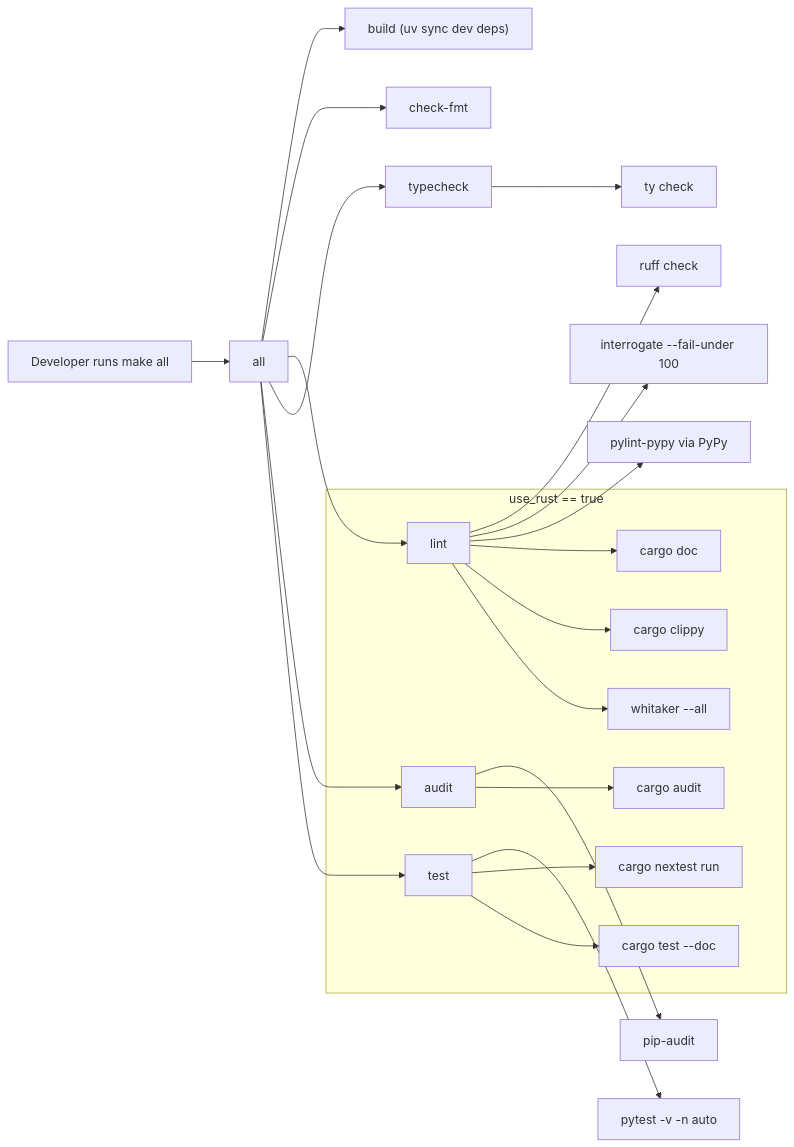
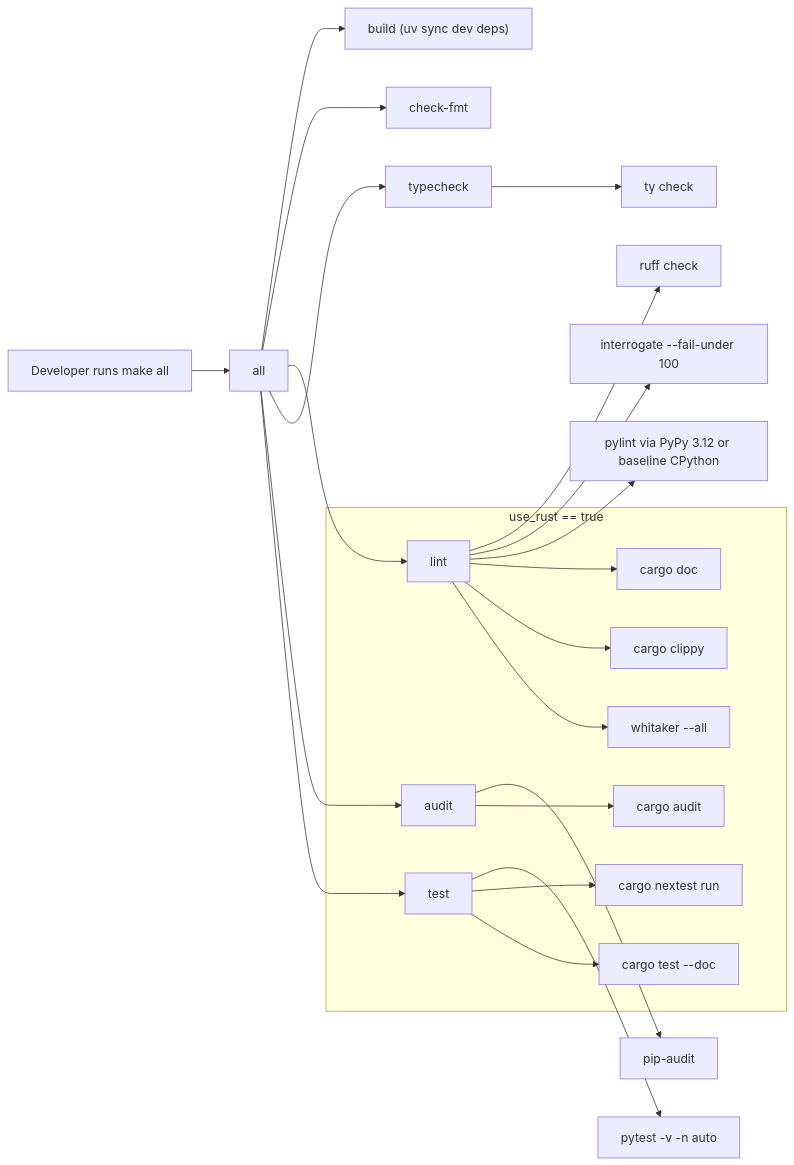
The diagram in README.md (leynos/agent-template-python), drawn with Mermaid before and after one commit. The commit also changed other lines of this file and 9 other files, not shown here.

````diff
--- a/README.md
+++ b/README.md
@@ -48,26 +49,26 @@
 ```mermaid
 flowchart LR
     Dev[Developer runs make all] --> All[all]
     All --> Build["build (uv sync dev deps)"]
     All --> CheckFmt[check-fmt]
     All --> Lint[lint]
     All --> Typecheck[typecheck]
     All --> Audit[audit]
     All --> Test[test]
 
     Lint --> RuffCheck[ruff check]
     Lint --> Interrogate[interrogate --fail-under 100]
-    Lint --> PylintPyPy[pylint-pypy via PyPy]
+    Lint --> PylintPyPy[pylint via PyPy 3.12 or baseline CPython]
     Typecheck --> TyCheck[ty check]
     Audit --> PipAudit[pip-audit]
     Test --> Pytest[pytest -v -n auto]
 
     subgraph Rust_extension_enabled[use_rust == true]
         Lint --> RustDoc[cargo doc]
         Lint --> Clippy[cargo clippy]
         Lint --> Whitaker[whitaker --all]
         Audit --> CargoAudit[cargo audit]
         Test --> Nextest[cargo nextest run]
         Test --> RustDocTests[cargo test --doc]
     end
 ```
````
